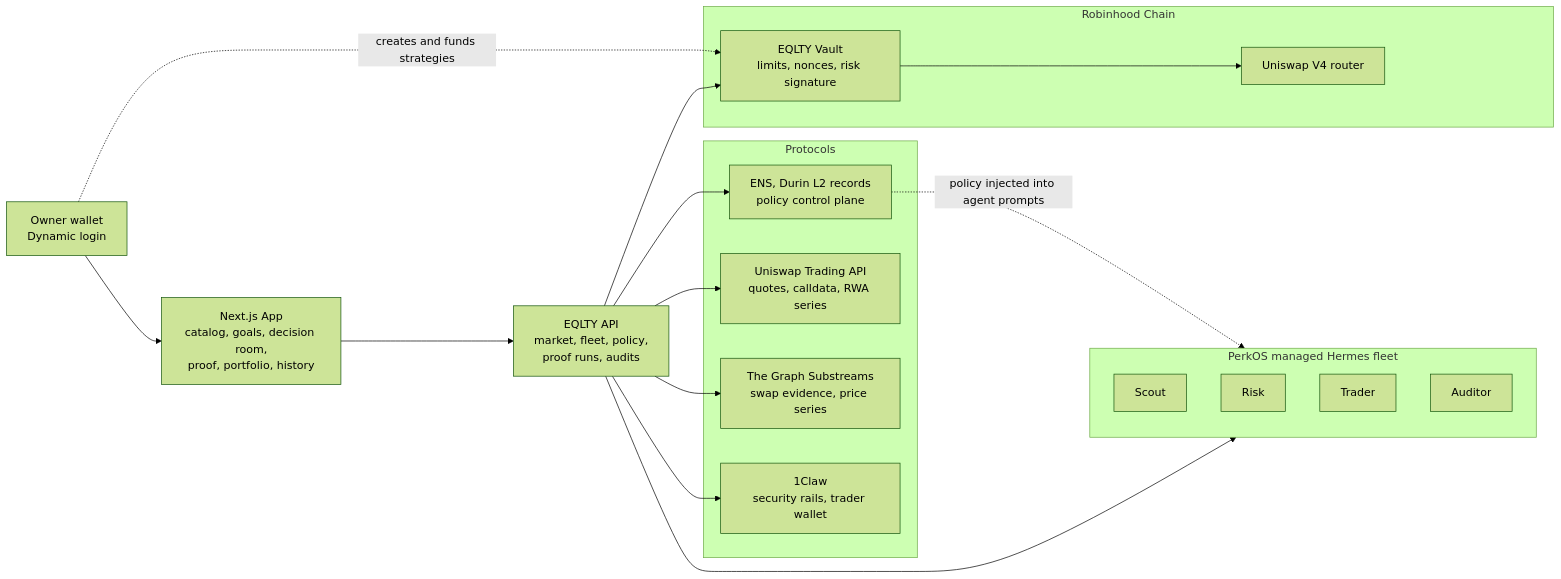
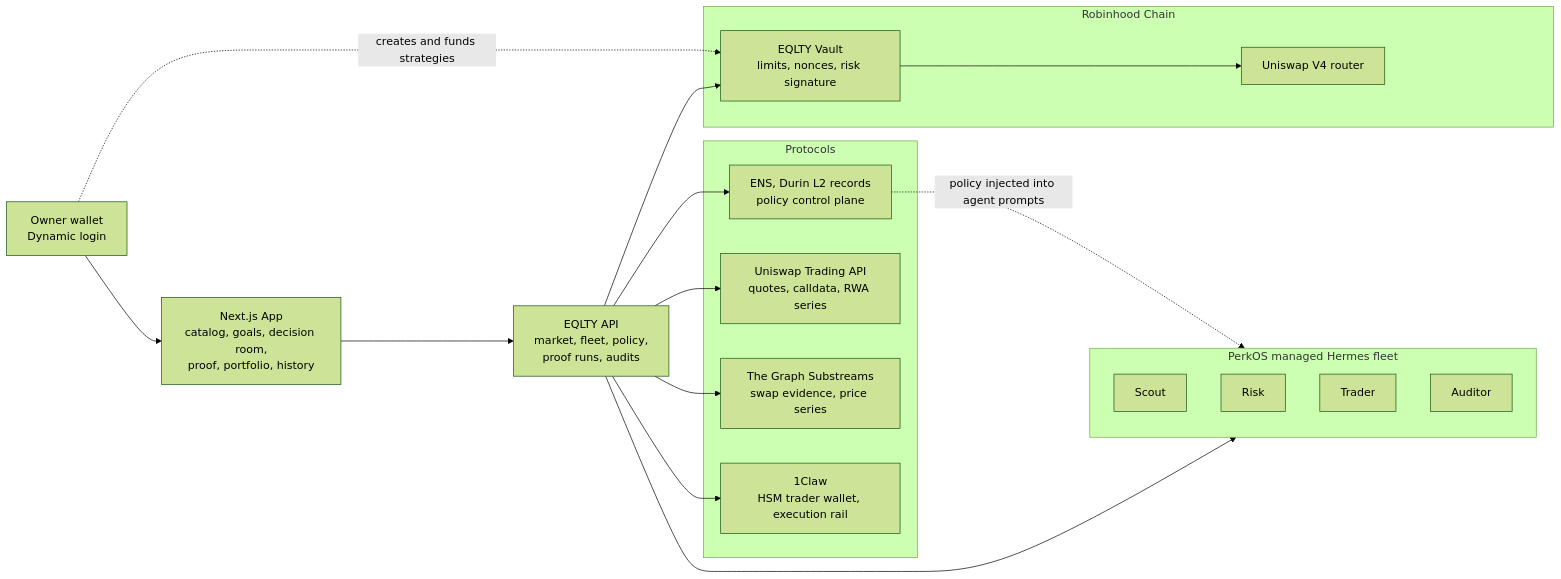
One commit to PerkOS-xyz/PerkOS-EQLTY changed the first of 3 diagrams in README.md. Above: the diagram before and after it, drawn with Mermaid (forest theme). The commit also changed other lines of this file, not shown here.

Commit message:
Match decision workflow to trader rail

````diff
--- a/README.md
+++ b/README.md
@@ -96,34 +96,34 @@
 ```mermaid
 flowchart LR
   OWNER["Owner wallet<br/>Dynamic login"] --> APP["Next.js App<br/>catalog, goals, decision room,<br/>proof, portfolio, history"]
   APP --> API["EQLTY API<br/>market, fleet, policy,<br/>proof runs, audits"]
 
   subgraph FLEET["PerkOS managed Hermes fleet"]
     SCOUT[Scout]
     RISK[Risk]
     TRADER[Trader]
     AUDITOR[Auditor]
   end
 
   subgraph PROTOCOLS["Protocols"]
     ENS["ENS, Durin L2 records<br/>policy control plane"]
     UNI["Uniswap Trading API<br/>quotes, calldata, RWA series"]
     GRAPH["The Graph Substreams<br/>swap evidence, price series"]
-    CLAW["1Claw<br/>security rails, trader wallet"]
+    CLAW["1Claw<br/>HSM trader wallet, execution rail"]
   end
 
   subgraph CHAIN["Robinhood Chain"]
     VAULT["EQLTY Vault<br/>limits, nonces, risk signature"]
     ROUTER["Uniswap V4 router"]
   end
 
   API --> FLEET
   API --> ENS
   API --> UNI
   API --> GRAPH
   API --> CLAW
   ENS -. "policy injected into agent prompts" .-> FLEET
   API --> VAULT
   VAULT --> ROUTER
   OWNER -. "creates and funds strategies" .-> VAULT
 ```
````
